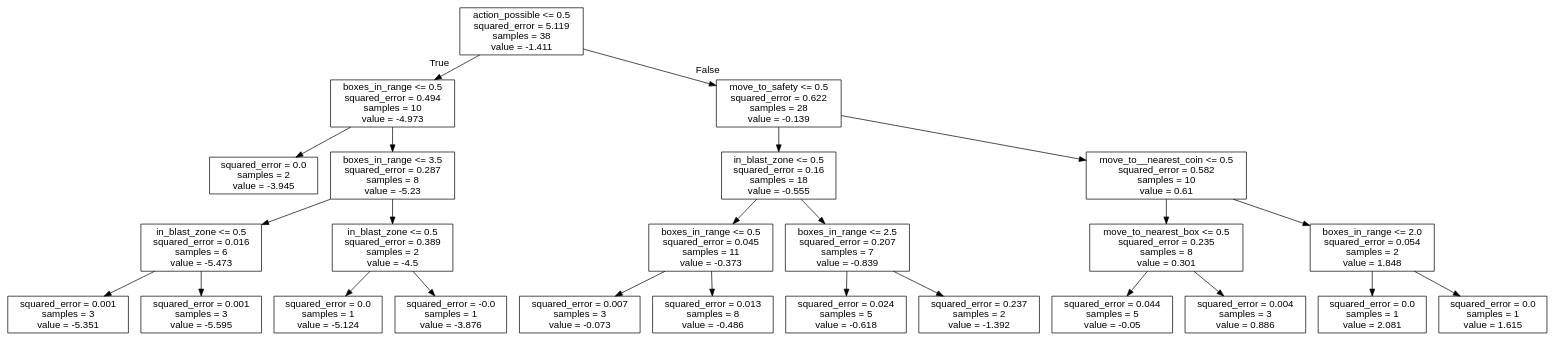
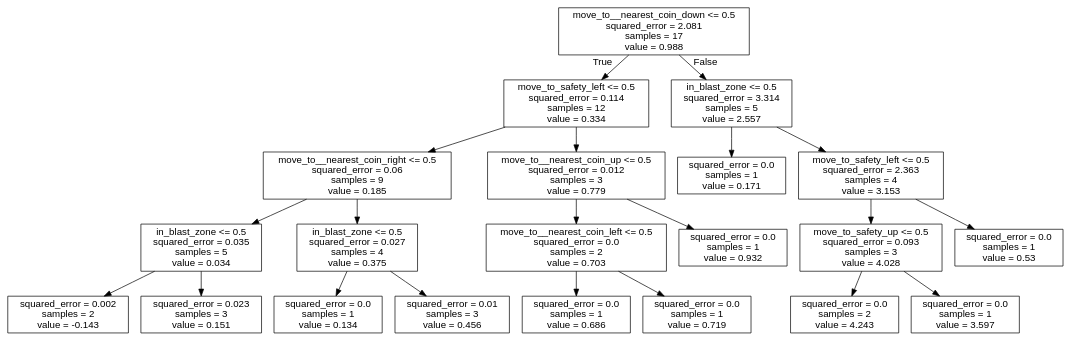
The diagram in bomberman_rl/agent_code/my_agent/trees/DOWN.dot (J-Gann/FML), drawn with Graphviz before and after one commit. The commit also changed 19 other files, not shown here.

```diff
--- a/bomberman_rl/agent_code/my_agent/trees/DOWN.dot
+++ b/bomberman_rl/agent_code/my_agent/trees/DOWN.dot
@@ -1,53 +1,45 @@
 digraph Tree {
 node [shape=box, fontname="helvetica"] ;
 edge [fontname="helvetica"] ;
-0 [label="action_possible <= 0.5\nsquared_error = 5.119\nsamples = 38\nvalue = -1.411"] ;
-1 [label="boxes_in_range <= 0.5\nsquared_error = 0.494\nsamples = 10\nvalue = -4.973"] ;
+0 [label="move_to__nearest_coin_down <= 0.5\nsquared_error = 2.081\nsamples = 17\nvalue = 0.988"] ;
+1 [label="move_to_safety_left <= 0.5\nsquared_error = 0.114\nsamples = 12\nvalue = 0.334"] ;
 0 -> 1 [labeldistance=2.5, labelangle=45, headlabel="True"] ;
-2 [label="squared_error = 0.0\nsamples = 2\nvalue = -3.945"] ;
+2 [label="move_to__nearest_coin_right <= 0.5\nsquared_error = 0.06\nsamples = 9\nvalue = 0.185"] ;
 1 -> 2 ;
-3 [label="boxes_in_range <= 3.5\nsquared_error = 0.287\nsamples = 8\nvalue = -5.23"] ;
-1 -> 3 ;
-4 [label="in_blast_zone <= 0.5\nsquared_error = 0.016\nsamples = 6\nvalue = -5.473"] ;
+3 [label="in_blast_zone <= 0.5\nsquared_error = 0.035\nsamples = 5\nvalue = 0.034"] ;
+2 -> 3 ;
+4 [label="squared_error = 0.002\nsamples = 2\nvalue = -0.143"] ;
 3 -> 4 ;
-5 [label="squared_error = 0.001\nsamples = 3\nvalue = -5.351"] ;
-4 -> 5 ;
-6 [label="squared_error = 0.001\nsamples = 3\nvalue = -5.595"] ;
-4 -> 6 ;
-7 [label="in_blast_zone <= 0.5\nsquared_error = 0.389\nsamples = 2\nvalue = -4.5"] ;
-3 -> 7 ;
-8 [label="squared_error = 0.0\nsamples = 1\nvalue = -5.124"] ;
-7 -> 8 ;
-9 [label="squared_error = -0.0\nsamples = 1\nvalue = -3.876"] ;
-7 -> 9 ;
-10 [label="move_to_safety <= 0.5\nsquared_error = 0.622\nsamples = 28\nvalue = -0.139"] ;
-0 -> 10 [labeldistance=2.5, labelangle=-45, headlabel="False"] ;
-11 [label="in_blast_zone <= 0.5\nsquared_error = 0.16\nsamples = 18\nvalue = -0.555"] ;
+5 [label="squared_error = 0.023\nsamples = 3\nvalue = 0.151"] ;
+3 -> 5 ;
+6 [label="in_blast_zone <= 0.5\nsquared_error = 0.027\nsamples = 4\nvalue = 0.375"] ;
+2 -> 6 ;
+7 [label="squared_error = 0.0\nsamples = 1\nvalue = 0.134"] ;
+6 -> 7 ;
+8 [label="squared_error = 0.01\nsamples = 3\nvalue = 0.456"] ;
+6 -> 8 ;
+9 [label="move_to__nearest_coin_up <= 0.5\nsquared_error = 0.012\nsamples = 3\nvalue = 0.779"] ;
+1 -> 9 ;
+10 [label="move_to__nearest_coin_left <= 0.5\nsquared_error = 0.0\nsamples = 2\nvalue = 0.703"] ;
+9 -> 10 ;
+11 [label="squared_error = 0.0\nsamples = 1\nvalue = 0.686"] ;
 10 -> 11 ;
-12 [label="boxes_in_range <= 0.5\nsquared_error = 0.045\nsamples = 11\nvalue = -0.373"] ;
-11 -> 12 ;
-13 [label="squared_error = 0.007\nsamples = 3\nvalue = -0.073"] ;
-12 -> 13 ;
-14 [label="squared_error = 0.013\nsamples = 8\nvalue = -0.486"] ;
-12 -> 14 ;
-15 [label="boxes_in_range <= 2.5\nsquared_error = 0.207\nsamples = 7\nvalue = -0.839"] ;
-11 -> 15 ;
-16 [label="squared_error = 0.024\nsamples = 5\nvalue = -0.618"] ;
-15 -> 16 ;
-17 [label="squared_error = 0.237\nsamples = 2\nvalue = -1.392"] ;
-15 -> 17 ;
-18 [label="move_to__nearest_coin <= 0.5\nsquared_error = 0.582\nsamples = 10\nvalue = 0.61"] ;
-10 -> 18 ;
-19 [label="move_to_nearest_box <= 0.5\nsquared_error = 0.235\nsamples = 8\nvalue = 0.301"] ;
-18 -> 19 ;
-20 [label="squared_error = 0.044\nsamples = 5\nvalue = -0.05"] ;
-19 -> 20 ;
-21 [label="squared_error = 0.004\nsamples = 3\nvalue = 0.886"] ;
-19 -> 21 ;
-22 [label="boxes_in_range <= 2.0\nsquared_error = 0.054\nsamples = 2\nvalue = 1.848"] ;
-18 -> 22 ;
-23 [label="squared_error = 0.0\nsamples = 1\nvalue = 2.081"] ;
-22 -> 23 ;
-24 [label="squared_error = 0.0\nsamples = 1\nvalue = 1.615"] ;
-22 -> 24 ;
+12 [label="squared_error = 0.0\nsamples = 1\nvalue = 0.719"] ;
+10 -> 12 ;
+13 [label="squared_error = 0.0\nsamples = 1\nvalue = 0.932"] ;
+9 -> 13 ;
+14 [label="in_blast_zone <= 0.5\nsquared_error = 3.314\nsamples = 5\nvalue = 2.557"] ;
+0 -> 14 [labeldistance=2.5, labelangle=-45, headlabel="False"] ;
+15 [label="squared_error = 0.0\nsamples = 1\nvalue = 0.171"] ;
+14 -> 15 ;
+16 [label="move_to_safety_left <= 0.5\nsquared_error = 2.363\nsamples = 4\nvalue = 3.153"] ;
+14 -> 16 ;
+17 [label="move_to_safety_up <= 0.5\nsquared_error = 0.093\nsamples = 3\nvalue = 4.028"] ;
+16 -> 17 ;
+18 [label="squared_error = 0.0\nsamples = 2\nvalue = 4.243"] ;
+17 -> 18 ;
+19 [label="squared_error = 0.0\nsamples = 1\nvalue = 3.597"] ;
+17 -> 19 ;
+20 [label="squared_error = 0.0\nsamples = 1\nvalue = 0.53"] ;
+16 -> 20 ;
 }
```
